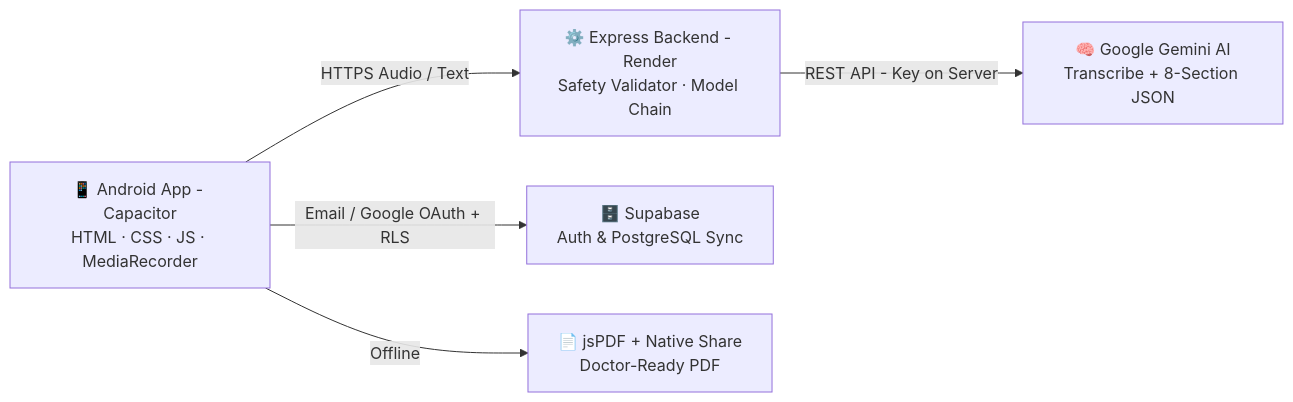
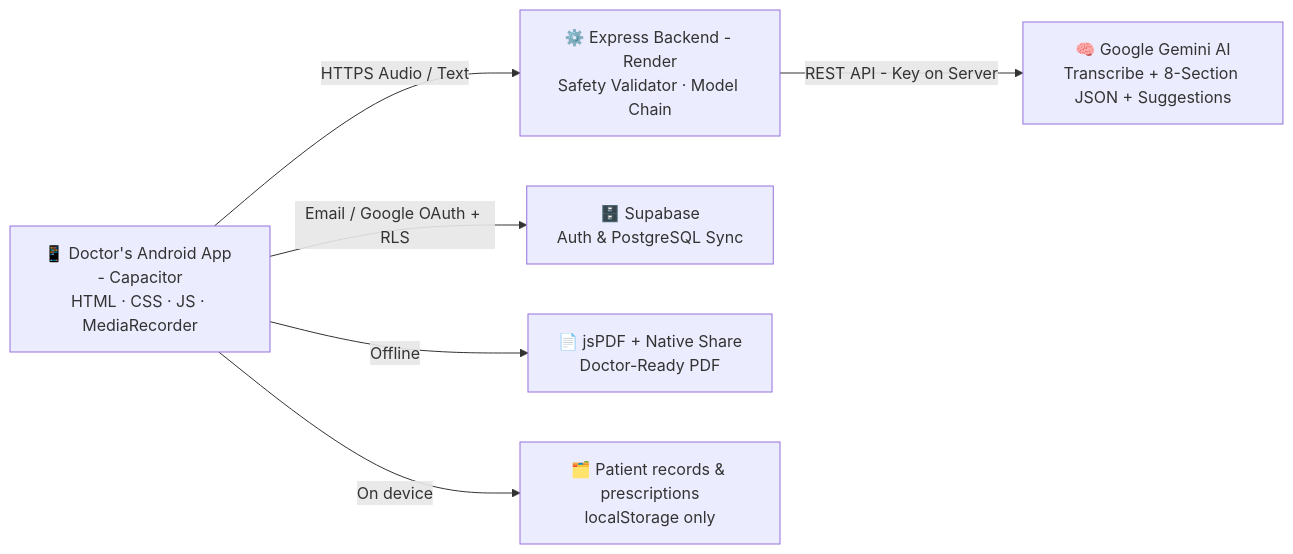
Before and after one commit to NikhilK-1007/Voice-Care: the diagram in README.md, drawn with Mermaid. The commit also changed other lines of this file, not shown here.

First line of the commit message:
Update README for the doctor-focused app

````diff
--- a/README.md
+++ b/README.md
@@ -30,7 +30,8 @@
 ```mermaid
 flowchart LR
-    A["📱 Android App - Capacitor<br/>HTML · CSS · JS · MediaRecorder"] -->|"HTTPS Audio / Text"| B["⚙️ Express Backend - Render<br/>Safety Validator · Model Chain"]
-    B -->|"REST API - Key on Server"| C["🧠 Google Gemini AI<br/>Transcribe + 8-Section JSON"]
+    A["📱 Doctor's Android App - Capacitor<br/>HTML · CSS · JS · MediaRecorder"] -->|"HTTPS Audio / Text"| B["⚙️ Express Backend - Render<br/>Safety Validator · Model Chain"]
+    B -->|"REST API - Key on Server"| C["🧠 Google Gemini AI<br/>Transcribe + 8-Section JSON + Suggestions"]
     A -->|"Email / Google OAuth + RLS"| D["🗄️ Supabase<br/>Auth & PostgreSQL Sync"]
     A -->|"Offline"| E["📄 jsPDF + Native Share<br/>Doctor-Ready PDF"]
+    A -->|"On device"| F["🗂️ Patient records & prescriptions<br/>localStorage only"]
 ```
````
